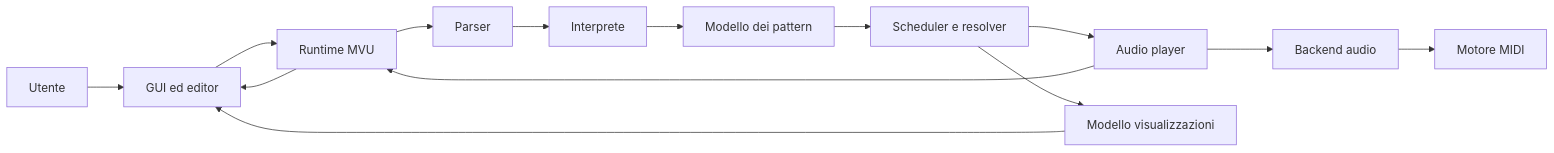
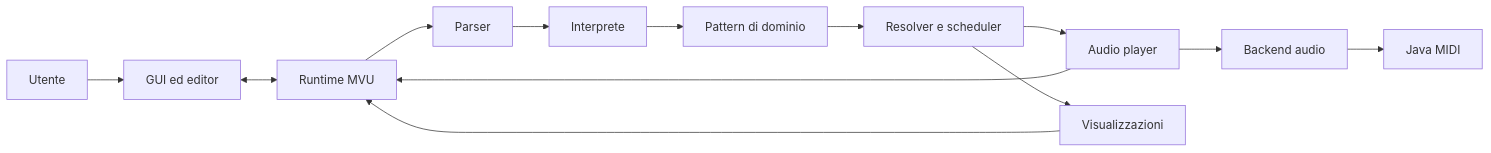
The first of 3 diagrams in docs/04-architettura.md (Morsu7/PPS-26-SoundCode), drawn with Mermaid before and after one commit. The commit also changed other lines of this file, not shown here.

Commit message:
docs: reorganize architectural design documentation

````diff
--- a/docs/04-architettura.md
+++ b/docs/04-architettura.md
@@ -5,16 +11,17 @@
 ```mermaid
 flowchart LR
-    U[Utente] --> UI[GUI ed editor]
-    UI --> RT[Runtime MVU]
-    RT --> P[Parser]
-    P --> I[Interprete]
-    I --> D[Modello dei pattern]
-    D --> S[Scheduler e resolver]
-    S --> AP[Audio player]
-    AP --> AB[Backend audio]
-    AB --> MIDI[Motore MIDI]
-    AP --> RT
-    RT --> UI
-    S --> V[Modello visualizzazioni]
-    V --> UI
+    USER[Utente] --> UI[GUI ed editor]
+    UI <--> MVU[Runtime MVU]
+
+    MVU --> PARSER[Parser]
+    PARSER --> INTERPRETER[Interprete]
+    INTERPRETER --> DOMAIN[Pattern di dominio]
+    DOMAIN --> ENGINE[Resolver e scheduler]
+    ENGINE --> PLAYER[Audio player]
+    PLAYER --> BACKEND[Backend audio]
+    BACKEND --> MIDI[Java MIDI]
+
+    ENGINE --> VIS[Visualizzazioni]
+    VIS --> MVU
+    PLAYER --> MVU
 ```
````
